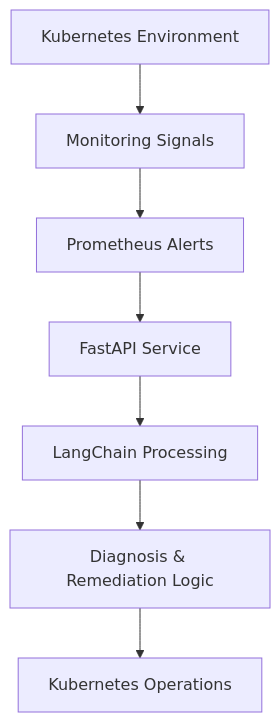
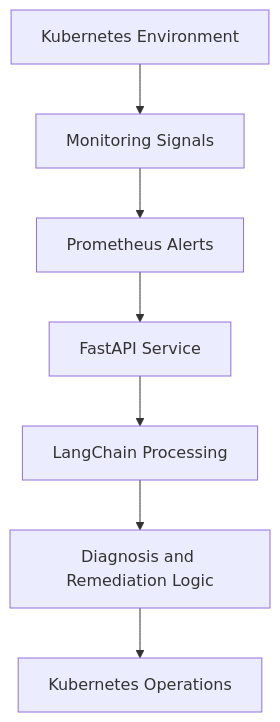
Before and after one commit to manesaurabh1704-devops/manesaurabh1704-devops: the second of 8 diagrams in README.md, drawn with Mermaid. The commit also changed other lines of this file, not shown here.

````diff
--- a/README.md
+++ b/README.md
@@ -425,9 +346,9 @@
 ```mermaid
 flowchart TD
     A["Kubernetes Environment"] --> B["Monitoring Signals"]
     B --> C["Prometheus Alerts"]
     C --> D["FastAPI Service"]
     D --> E["LangChain Processing"]
-    E --> F["Diagnosis & Remediation Logic"]
+    E --> F["Diagnosis and Remediation Logic"]
     F --> G["Kubernetes Operations"]
 ```
````
